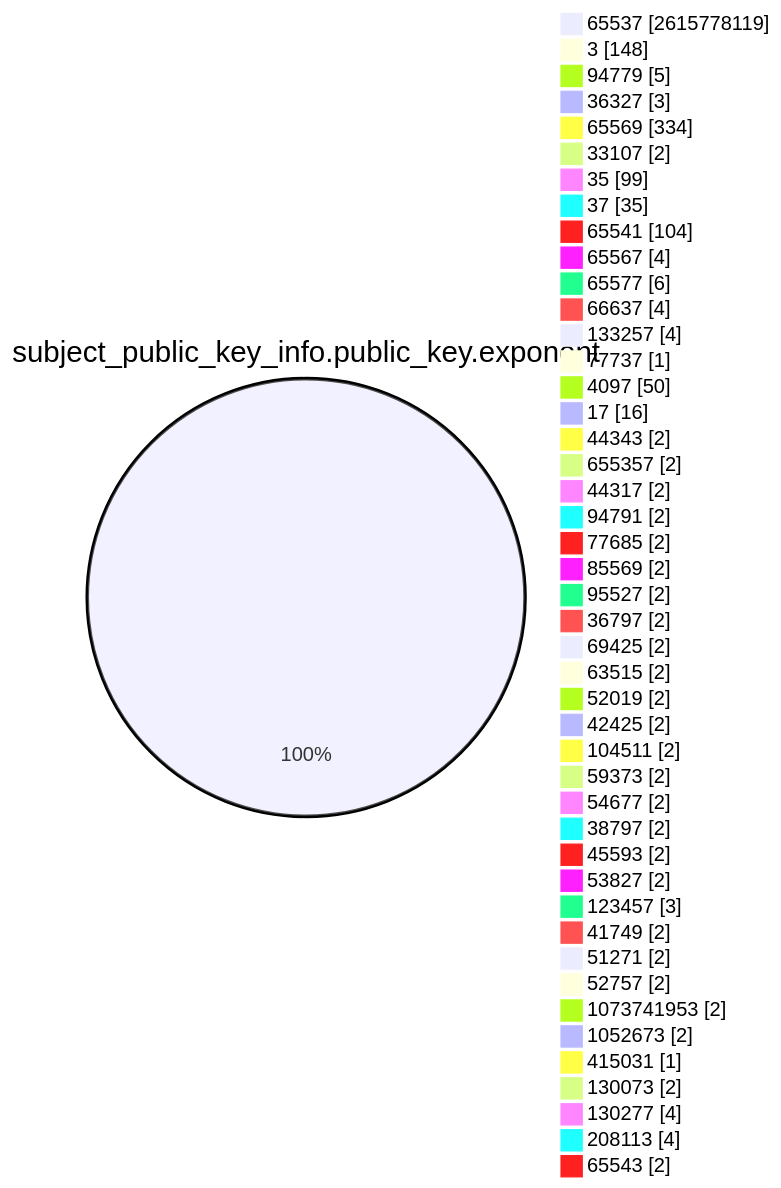
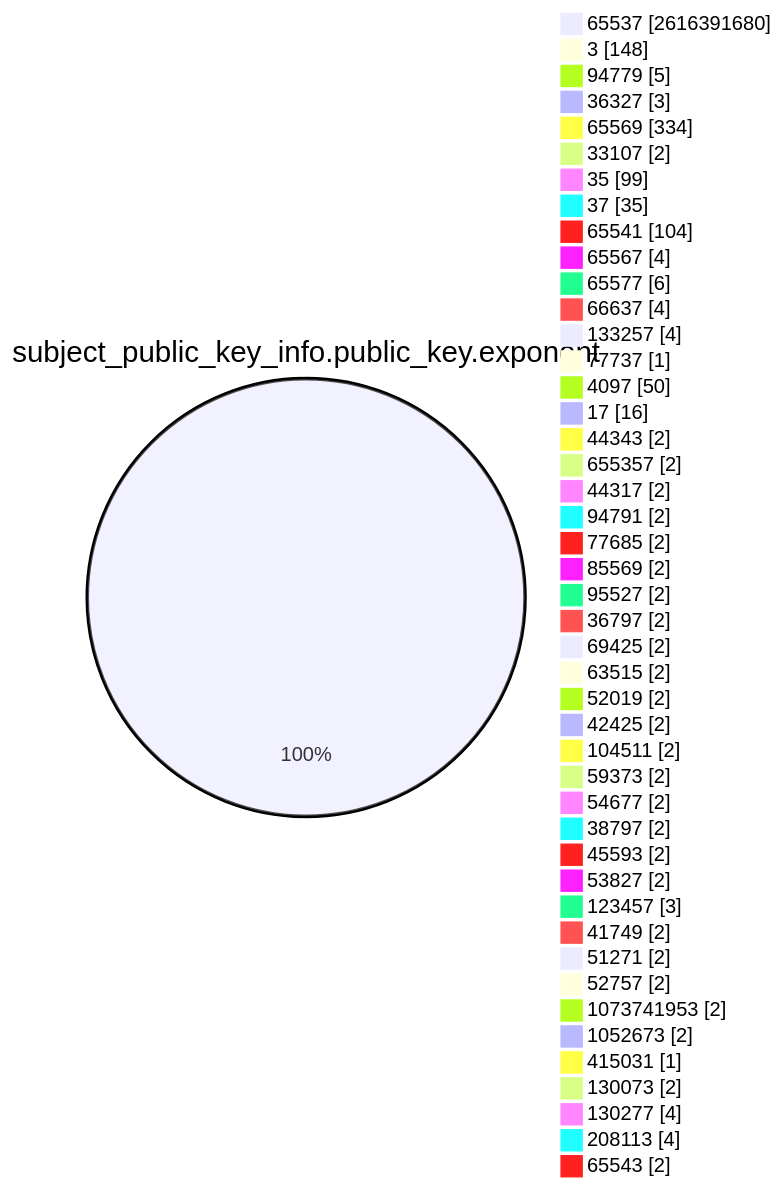
One commit to christiankrug/ctmonitor_visualization changed the fourth of 15 diagrams in TOTAL/README.md. Above: the diagram before and after it, drawn with Mermaid. The commit also changed other lines of this file, not shown here.

````diff
--- a/TOTAL/README.md
+++ b/TOTAL/README.md
@@ -1466,49 +1466,49 @@
 ```mermaid
 pie showData
 title subject_public_key_info.public_key.exponent
-"65537" :2615778119
+"65537" :2616391680
 "3" :148
 "94779" :5
 "36327" :3
 "65569" :334
 "33107" :2
 "35" :99
 "37" :35
 "65541" :104
 "65567" :4
 "65577" :6
 "66637" :4
 "133257" :4
 "77737" :1
 "4097" :50
 "17" :16
 "44343" :2
 "655357" :2
 "44317" :2
 "94791" :2
 "77685" :2
 "85569" :2
 "95527" :2
 "36797" :2
 "69425" :2
 "63515" :2
 "52019" :2
 "42425" :2
 "104511" :2
 "59373" :2
 "54677" :2
 "38797" :2
 "45593" :2
 "53827" :2
 "123457" :3
 "41749" :2
 "51271" :2
 "52757" :2
 "1073741953" :2
 "1052673" :2
 "415031" :1
 "130073" :2
 "130277" :4
 "208113" :4
 "65543" :2
 ```
````
